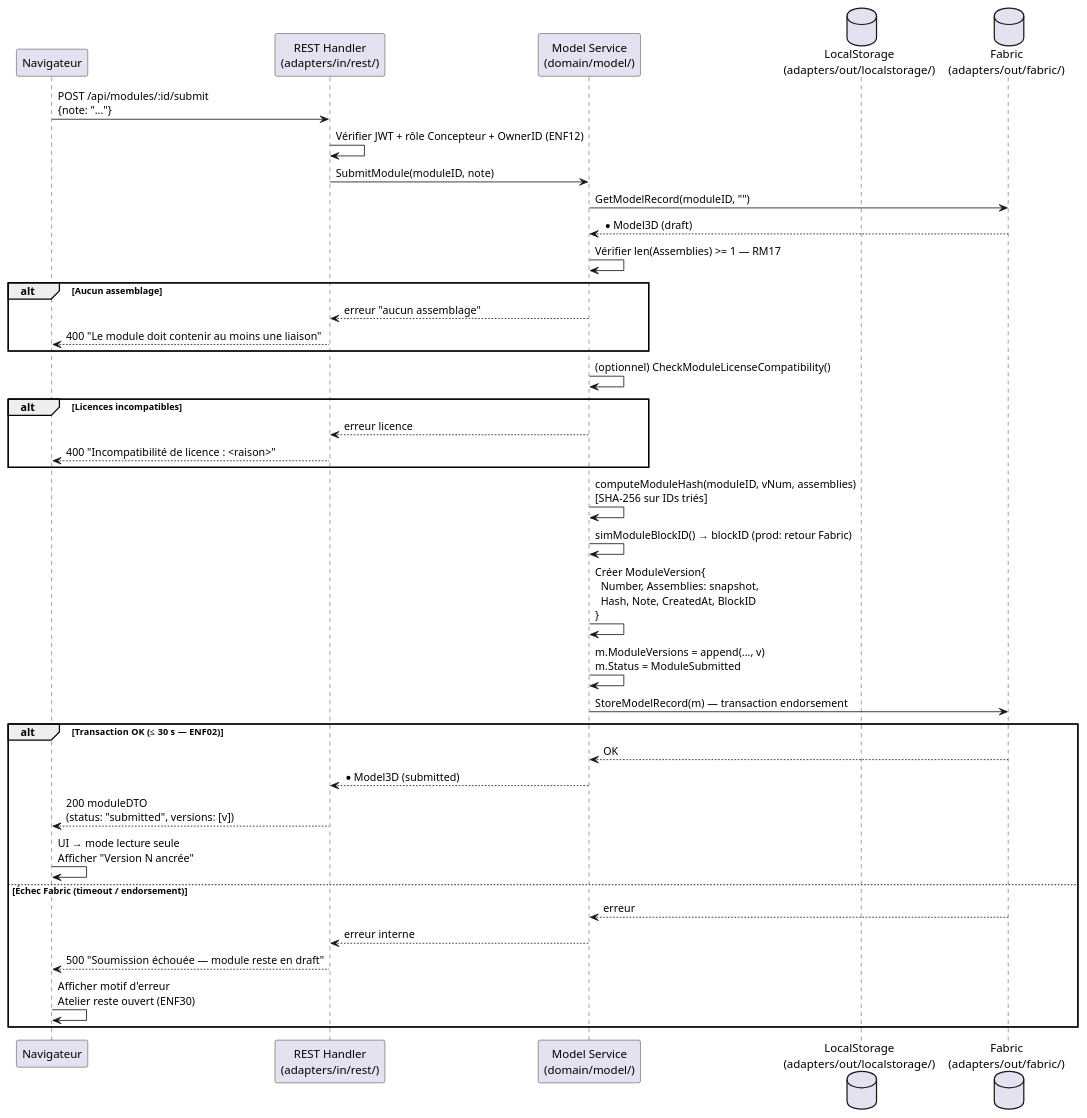
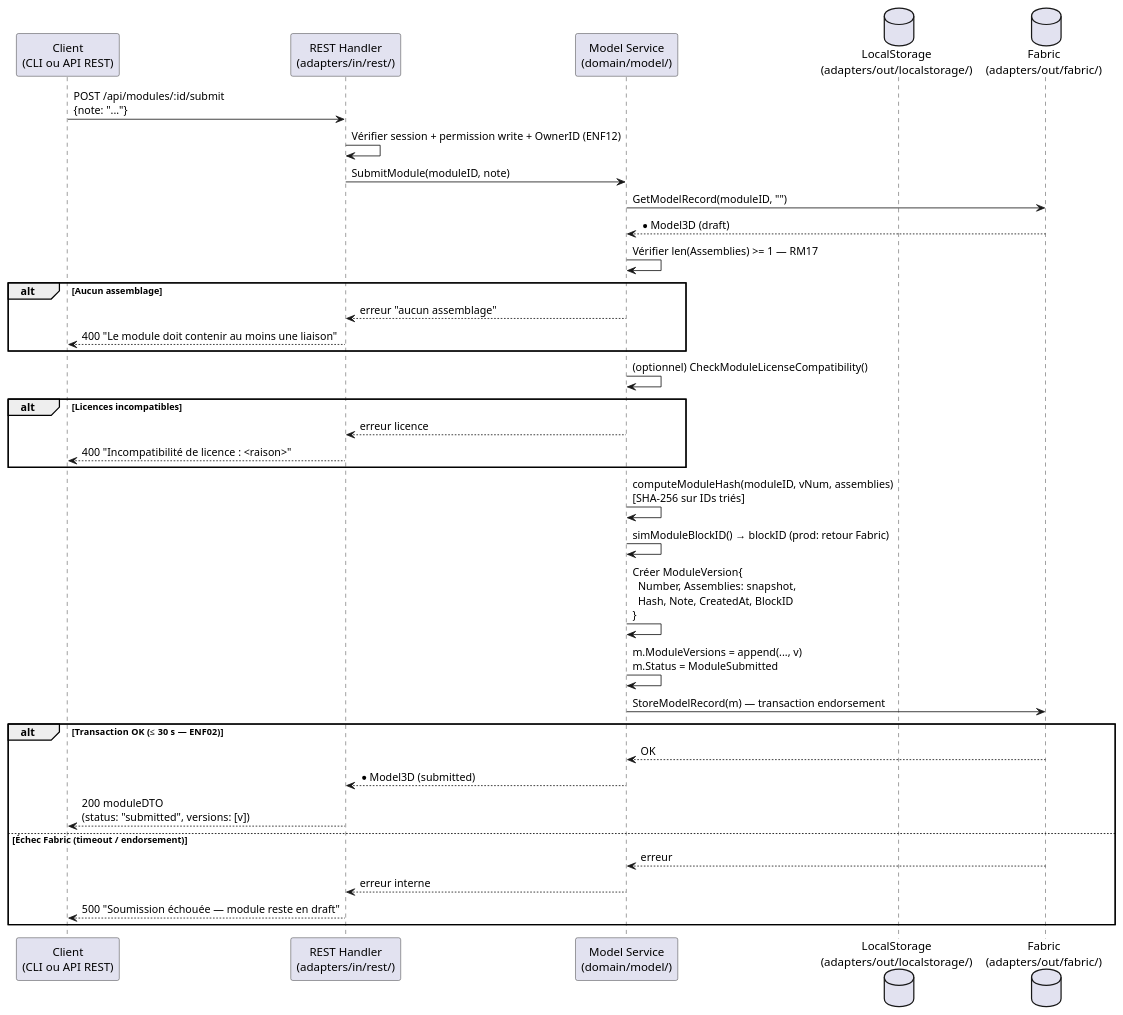
Before and after one commit to olivaux/myr: the second of 2 diagrams in specs/2-Analyse/UCMOD-Module/UCMOD06.md, drawn with PlantUML. The commit also changed other lines of this file and 72 other files, not shown here.

````diff
--- a/specs/2-Analyse/UCMOD-Module/UCMOD06.md
+++ b/specs/2-Analyse/UCMOD-Module/UCMOD06.md
@@ -125,47 +124,45 @@
 ```plantuml
 @startuml
-participant "Navigateur" as Browser
+participant "Client\n(CLI ou API REST)" as Client
 participant "REST Handler\n(adapters/in/rest/)" as REST
 participant "Model Service\n(domain/model/)" as Service
 database "LocalStorage\n(adapters/out/localstorage/)" as Local
 database "Fabric\n(adapters/out/fabric/)" as Fabric
 
-Browser -> REST : POST /api/modules/:id/submit\n{note: "..."}
-REST -> REST : Vérifier JWT + rôle Concepteur + OwnerID (ENF12)
+Client -> REST : POST /api/modules/:id/submit\n{note: "..."}
+REST -> REST : Vérifier session + permission write + OwnerID (ENF12)
 REST -> Service : SubmitModule(moduleID, note)
 Service -> Fabric : GetModelRecord(moduleID, "")
 Fabric --> Service : *Model3D (draft)
 
 Service -> Service : Vérifier len(Assemblies) >= 1 — RM17
 
 alt Aucun assemblage
     Service --> REST : erreur "aucun assemblage"
-    REST --> Browser : 400 "Le module doit contenir au moins une liaison"
+    REST --> Client : 400 "Le module doit contenir au moins une liaison"
 end
 
 Service -> Service : (optionnel) CheckModuleLicenseCompatibility()
 
 alt Licences incompatibles
     Service --> REST : erreur licence
-    REST --> Browser : 400 "Incompatibilité de licence : <raison>"
+    REST --> Client : 400 "Incompatibilité de licence : <raison>"
 end
 
 Service -> Service : computeModuleHash(moduleID, vNum, assemblies)\n[SHA-256 sur IDs triés]
 Service -> Service : simModuleBlockID() → blockID (prod: retour Fabric)
 Service -> Service : Créer ModuleVersion{\n  Number, Assemblies: snapshot,\n  Hash, Note, CreatedAt, BlockID\n}
 Service -> Service : m.ModuleVersions = append(..., v)\nm.Status = ModuleSubmitted
 Service -> Fabric : StoreModelRecord(m) — transaction endorsement
 
 alt Transaction OK (≤ 30 s — ENF02)
     Fabric --> Service : OK
     Service --> REST : *Model3D (submitted)
-    REST --> Browser : 200 moduleDTO\n(status: "submitted", versions: [v])
-    Browser -> Browser : UI → mode lecture seule\nAfficher "Version N ancrée"
+    REST --> Client : 200 moduleDTO\n(status: "submitted", versions: [v])
 else Échec Fabric (timeout / endorsement)
     Fabric --> Service : erreur
     Service --> REST : erreur interne
-    REST --> Browser : 500 "Soumission échouée — module reste en draft"
-    Browser -> Browser : Afficher motif d'erreur\nAtelier reste ouvert (ENF30)
+    REST --> Client : 500 "Soumission échouée — module reste en draft"
 end
 @enduml
 ```
````
